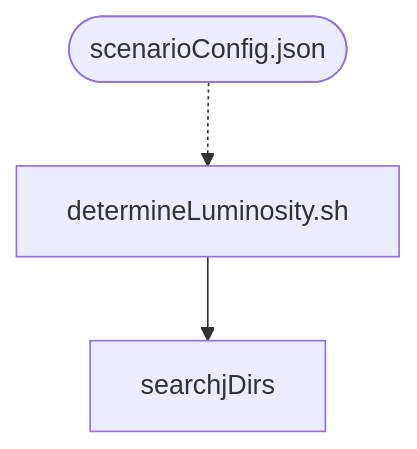
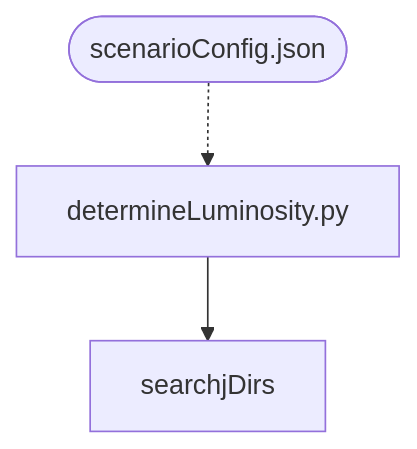
One commit to panda-luminosity-detector-group/LuminosityFit changed the fourth of 5 diagrams in README.md. Above: the diagram before and after it, drawn with Mermaid. The commit also changed other lines of this file, not shown here.

````diff
--- a/README.md
+++ b/README.md
@@ -168,5 +172,5 @@
 ```mermaid
 flowchart TD
-determineLuminosity.sh --> searchjDirs
-id1([scenarioConfig.json]) -.-> determineLuminosity.sh
+determineLuminosity.py --> searchjDirs
+id1([scenarioConfig.json]) -.-> determineLuminosity.py
 ```
````
